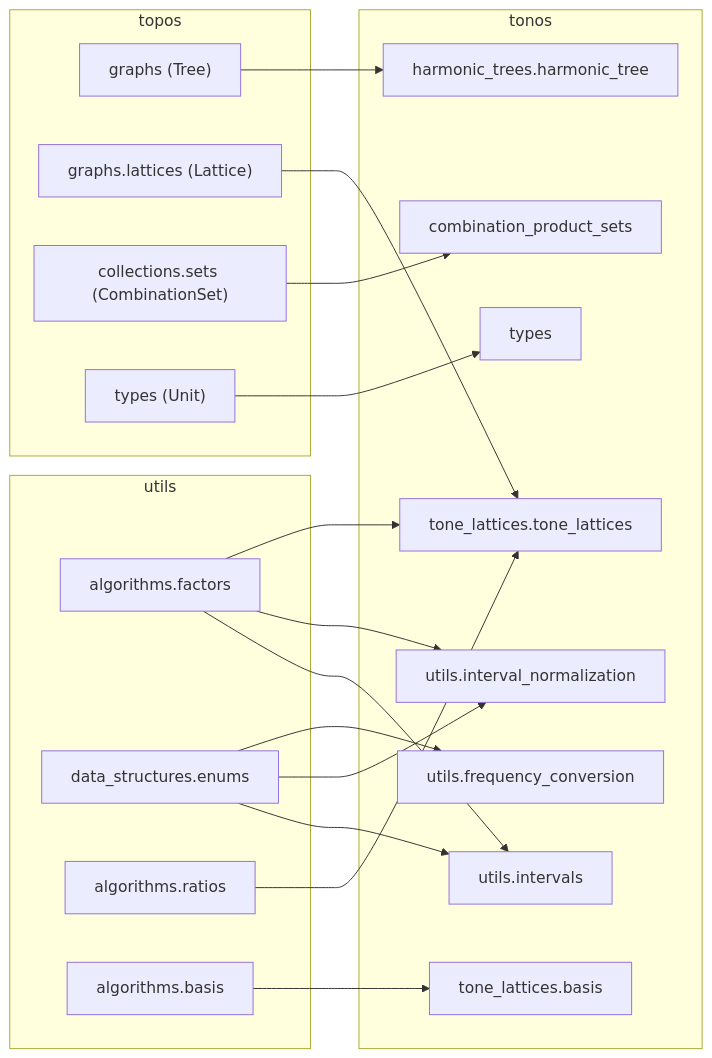
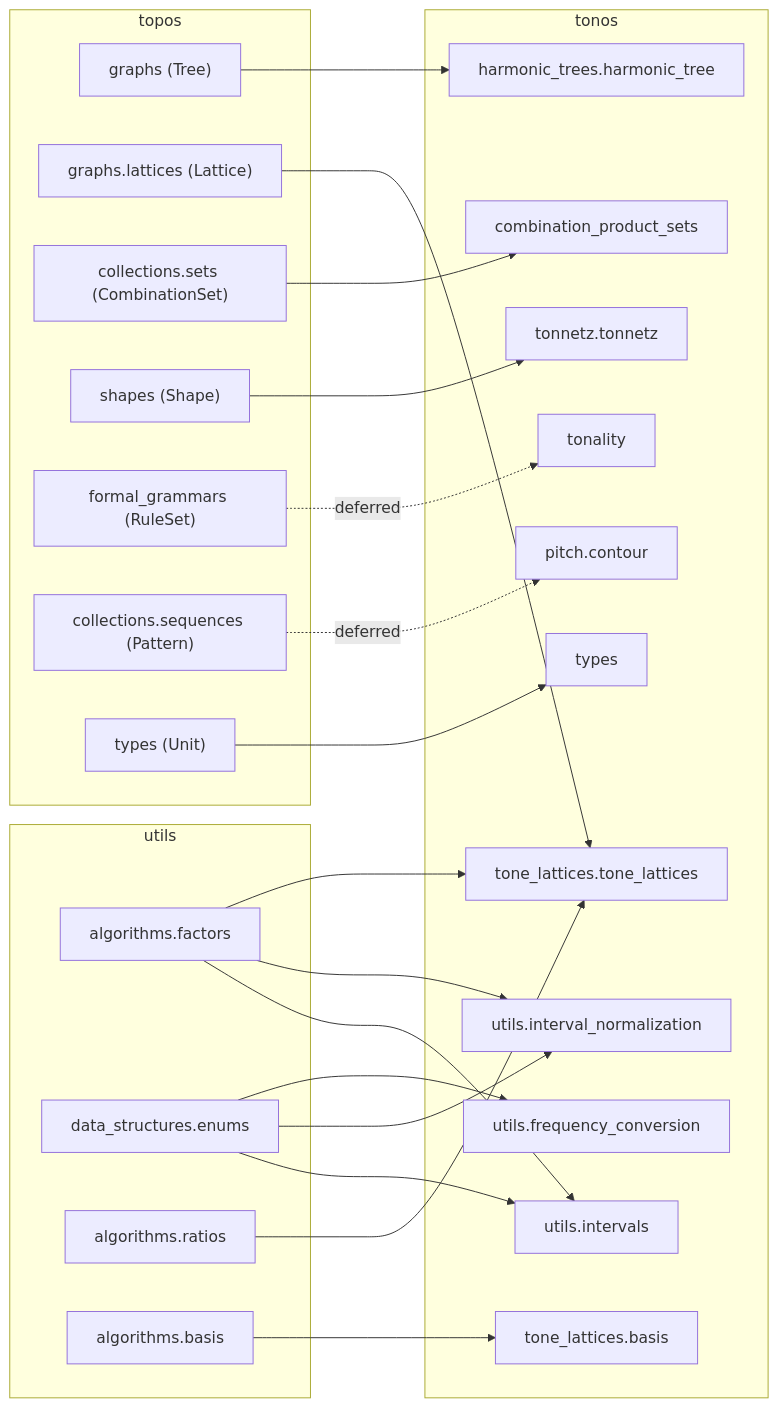
The fourth of 7 diagrams in docs/architecture/13_IMPORT_GRAPH.md (kr4g/Klotho), drawn with Mermaid before and after one commit. The commit also changed other lines of this file and 14 other files, not shown here.

First line of the commit message:
Refresh architecture docs and Sphinx index for 10.x API (10.11.1)

````diff
--- a/docs/architecture/13_IMPORT_GRAPH.md
+++ b/docs/architecture/13_IMPORT_GRAPH.md
@@ -213,40 +222,49 @@
 ```mermaid
 flowchart LR
     subgraph tonos
         ht["harmonic_trees.harmonic_tree"]
         tl["tone_lattices.tone_lattices"]
         tl_basis["tone_lattices.basis"]
+        tn["tonnetz.tonnetz"]
         cps["combination_product_sets"]
+        tone_contour["pitch.contour"]
+        tonality["tonality"]
         to_types["types"]
         t_freq["utils.frequency_conversion"]
         t_norm["utils.interval_normalization"]
         t_intv["utils.intervals"]
     end
 
     subgraph topos
         tree["graphs (Tree)"]
         lattice["graphs.lattices (Lattice)"]
         combset["collections.sets (CombinationSet)"]
+        shapes["shapes (Shape)"]
+        grammars["formal_grammars (RuleSet)"]
+        pattern["collections.sequences (Pattern)"]
         t_types["types (Unit)"]
     end
 
     subgraph utils
         factors["algorithms.factors"]
         enums["data_structures.enums"]
         ratios["algorithms.ratios"]
         basis["algorithms.basis"]
     end
 
     tree --> ht
     lattice --> tl
+    shapes --> tn
+    pattern -.->|"deferred"| tone_contour
+    grammars -.->|"deferred"| tonality
     combset --> cps
     t_types --> to_types
     factors --> tl
     factors --> t_norm
     factors --> t_intv
     basis --> tl_basis
     enums --> t_freq
     enums --> t_norm
     enums --> t_intv
     ratios --> tl
 ```
````
